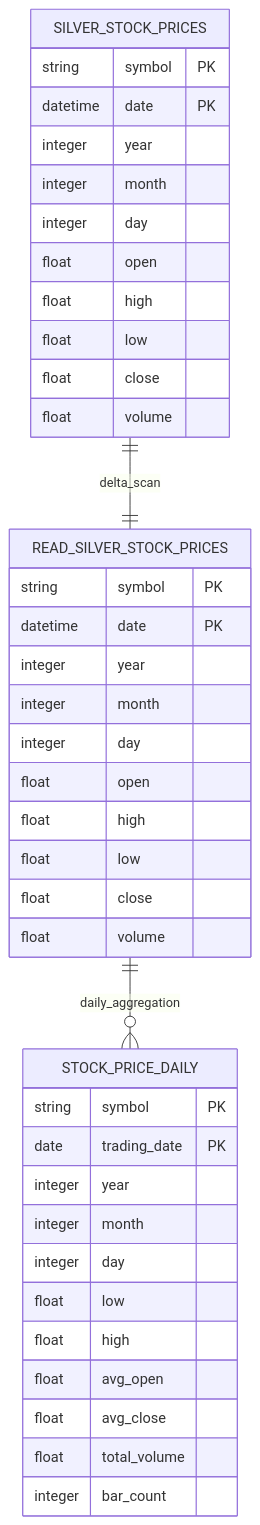
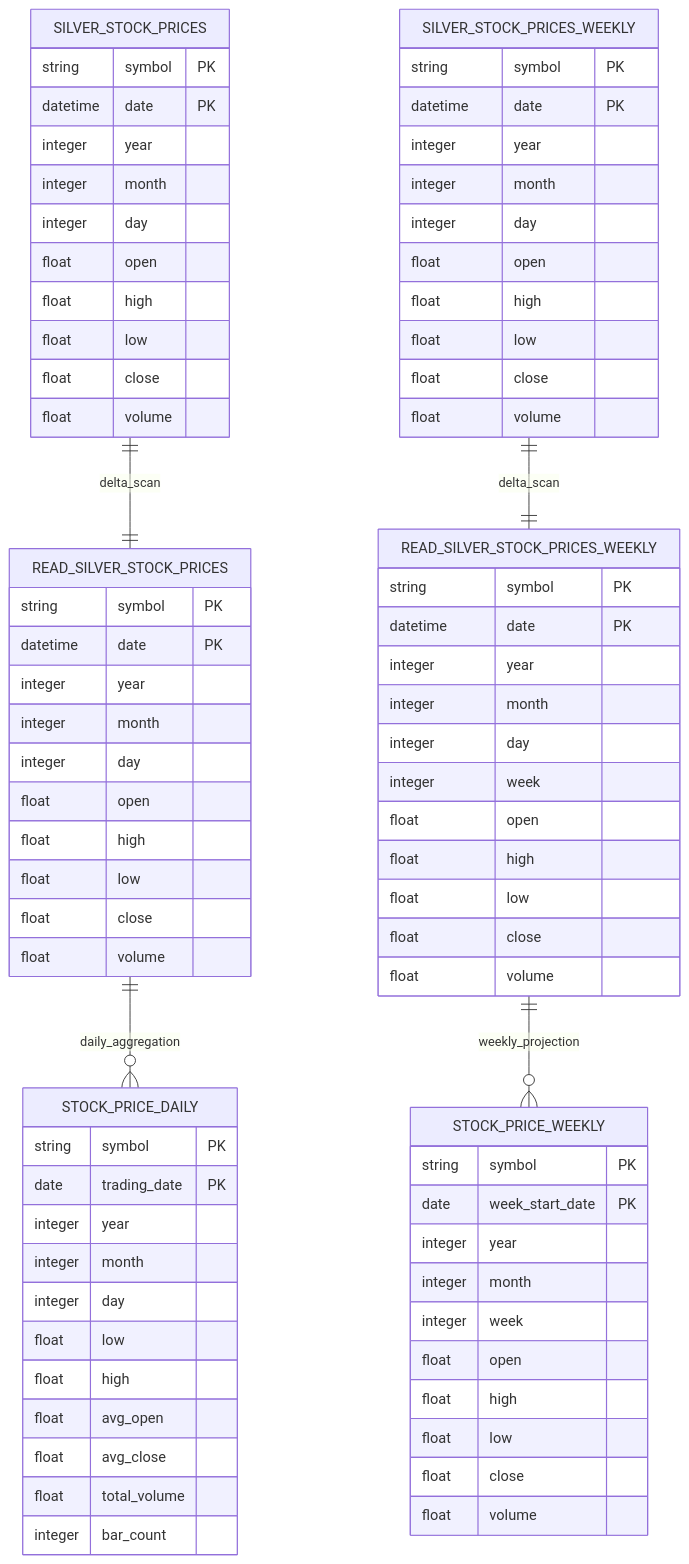
One commit to Batuhansaylam26/algo_trading changed the fourth of 4 diagrams in docs/dagster_dbt_diagrams.md. Above: the diagram before and after it, drawn with Mermaid. The commit also changed other lines of this file and 23 other files, not shown here.

````diff
--- a/docs/dagster_dbt_diagrams.md
+++ b/docs/dagster_dbt_diagrams.md
@@ -124,6 +133,33 @@
         float volume
     }
 
+    SILVER_STOCK_PRICES_WEEKLY {
+        string symbol PK
+        datetime date PK
+        integer year
+        integer month
+        integer day
+        float open
+        float high
+        float low
+        float close
+        float volume
+    }
+
+    READ_SILVER_STOCK_PRICES_WEEKLY {
+        string symbol PK
+        datetime date PK
+        integer year
+        integer month
+        integer day
+        integer week
+        float open
+        float high
+        float low
+        float close
+        float volume
+    }
+
     STOCK_PRICE_DAILY {
         string symbol PK
         date trading_date PK
@@ -138,6 +174,21 @@
         integer bar_count
     }
 
+    STOCK_PRICE_WEEKLY {
+        string symbol PK
+        date week_start_date PK
+        integer year
+        integer month
+        integer week
+        float open
+        float high
+        float low
+        float close
+        float volume
+    }
+
     SILVER_STOCK_PRICES ||--|| READ_SILVER_STOCK_PRICES : delta_scan
     READ_SILVER_STOCK_PRICES ||--o{ STOCK_PRICE_DAILY : daily_aggregation
+    SILVER_STOCK_PRICES_WEEKLY ||--|| READ_SILVER_STOCK_PRICES_WEEKLY : delta_scan
+    READ_SILVER_STOCK_PRICES_WEEKLY ||--o{ STOCK_PRICE_WEEKLY : weekly_projection
 ```
````
